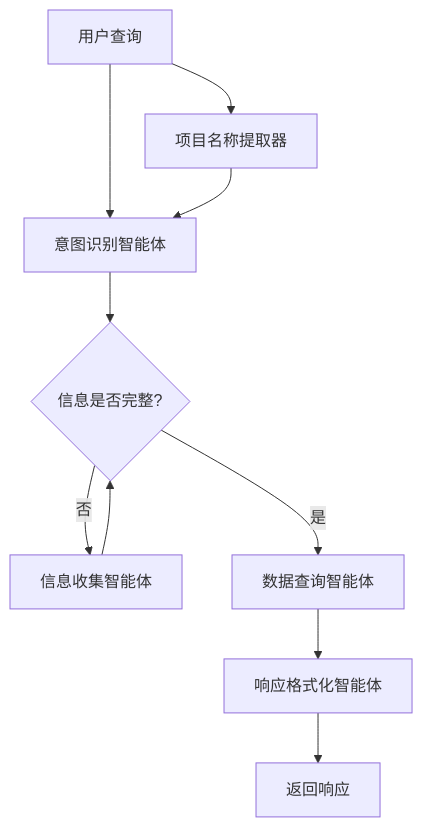
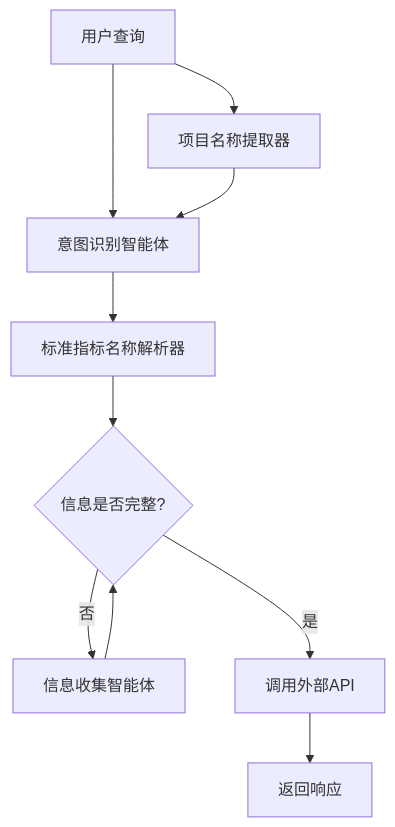
Before and after one commit to DellDi/autogen-fastapi-postgres: the diagram in autogenchat_bi/README.md, drawn with Mermaid. The commit also changed other lines of this file and 15 other files, not shown here.

````diff
--- a/autogenchat_bi/README.md
+++ b/autogenchat_bi/README.md
@@ -136,12 +132,12 @@
 ```mermaid
 flowchart TD
     Start[用户查询] --> IntentAgent[意图识别智能体]
     Start --> ProjectExtractor[项目名称提取器]
     ProjectExtractor --> IntentAgent
-    IntentAgent --> InfoCheck{信息是否完整?}
+    IntentAgent --> TargetExtractor[标准指标名称解析器]
+    TargetExtractor --> InfoCheck{信息是否完整?}
     InfoCheck -- 否 --> CollectorAgent[信息收集智能体]
     CollectorAgent --> InfoCheck
-    InfoCheck -- 是 --> QueryAgent[数据查询智能体]
-    QueryAgent --> FormatAgent[响应格式化智能体]
-    FormatAgent --> Response[返回响应]
+    InfoCheck -- 是 --> ExternalAPI[调用外部API]
+    ExternalAPI --> Response[返回响应]
 ```
````
